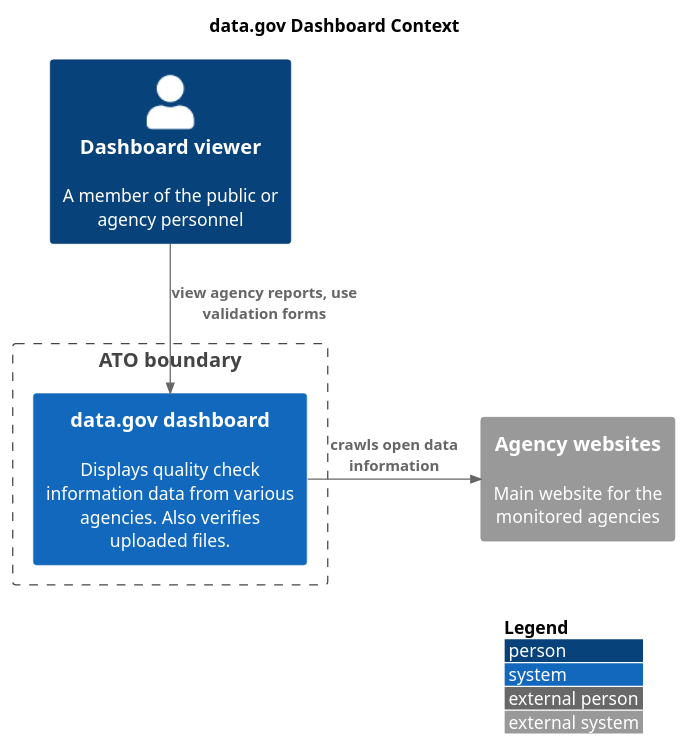
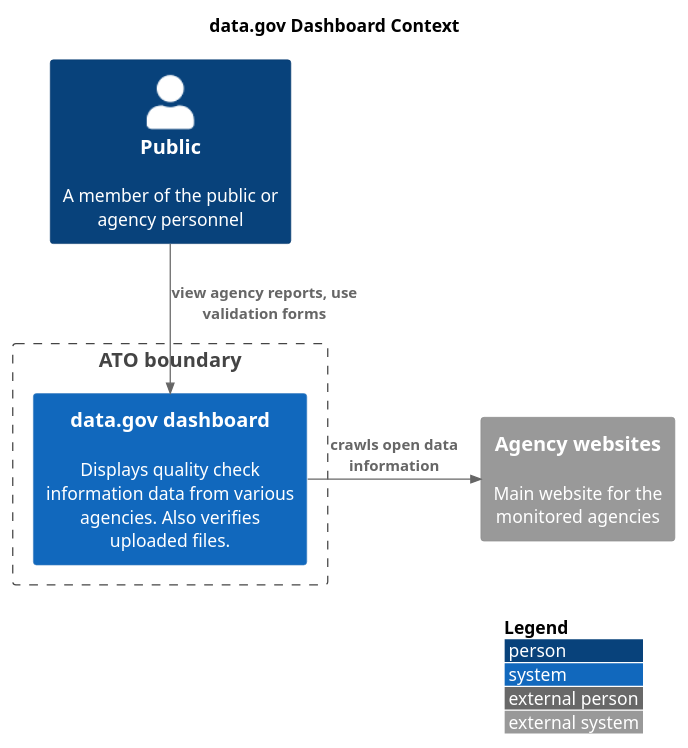
Before and after one commit to GSA/datagov-compliance: the diagram in src/context.puml, drawn with PlantUML.

Commit message:
Match the text description of the public

```diff
--- a/src/context.puml
+++ b/src/context.puml
@@ -2,17 +2,17 @@
 @startuml
 !include https://raw.githubusercontent.com/adrianvlupu/C4-PlantUML/latest/C4_Context.puml
 
 LAYOUT_WITH_LEGEND()
 title data.gov Dashboard Context
 
-Person(public, "Dashboard viewer", "A member of the public or agency personnel")
+Person(public, "Public", "A member of the public or agency personnel")
 
 Boundary(atob, "ATO boundary") {
     System(dashboard, "data.gov dashboard", "Displays quality check information data from various agencies. Also verifies uploaded files.")
 }
 
 System_Ext(agencysites, "Agency websites", "Main website for the monitored agencies")
 
 Rel(public, dashboard, "view agency reports, use validation forms")
 Rel_Neighbor(dashboard, agencysites, "crawls open data information") 
 @enduml
```
